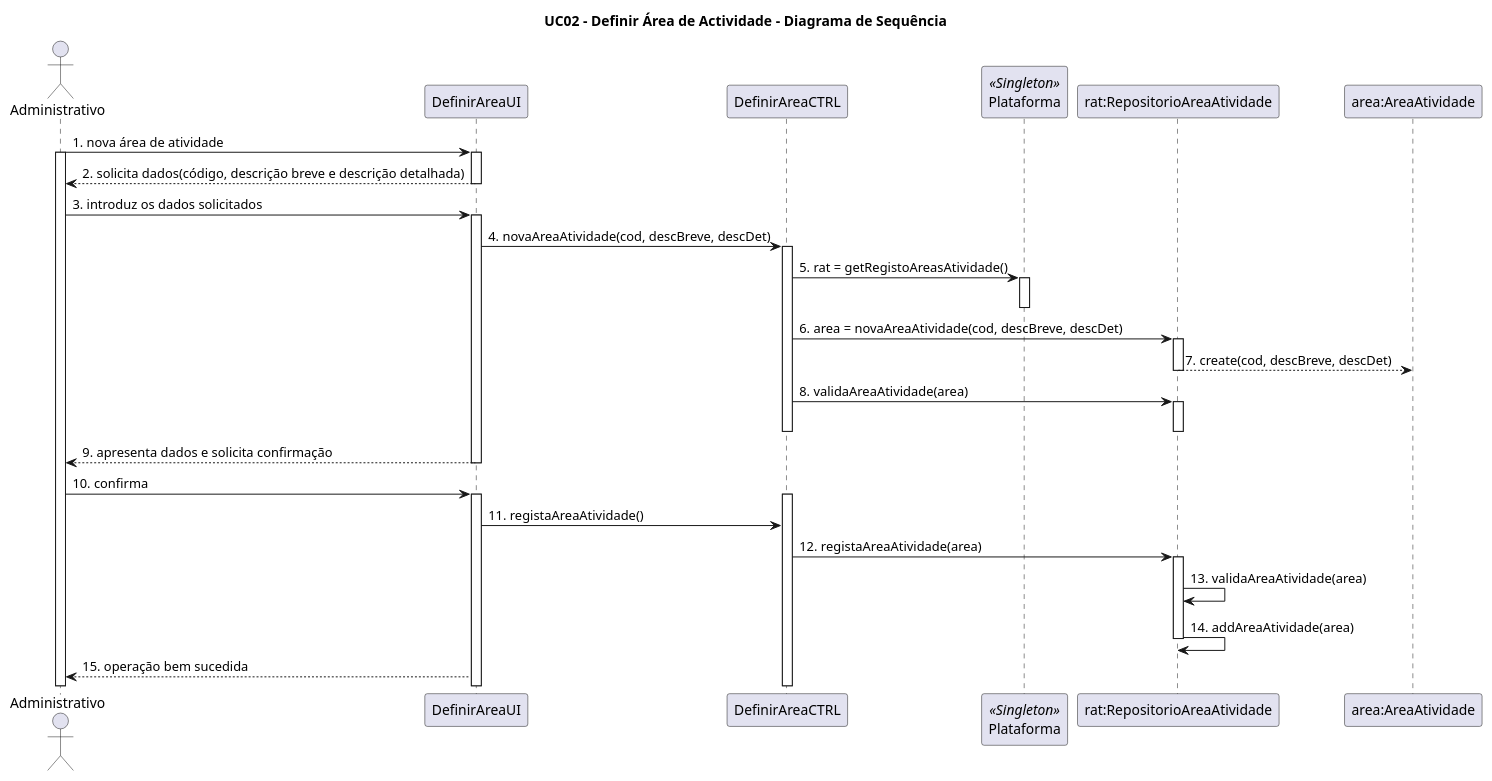
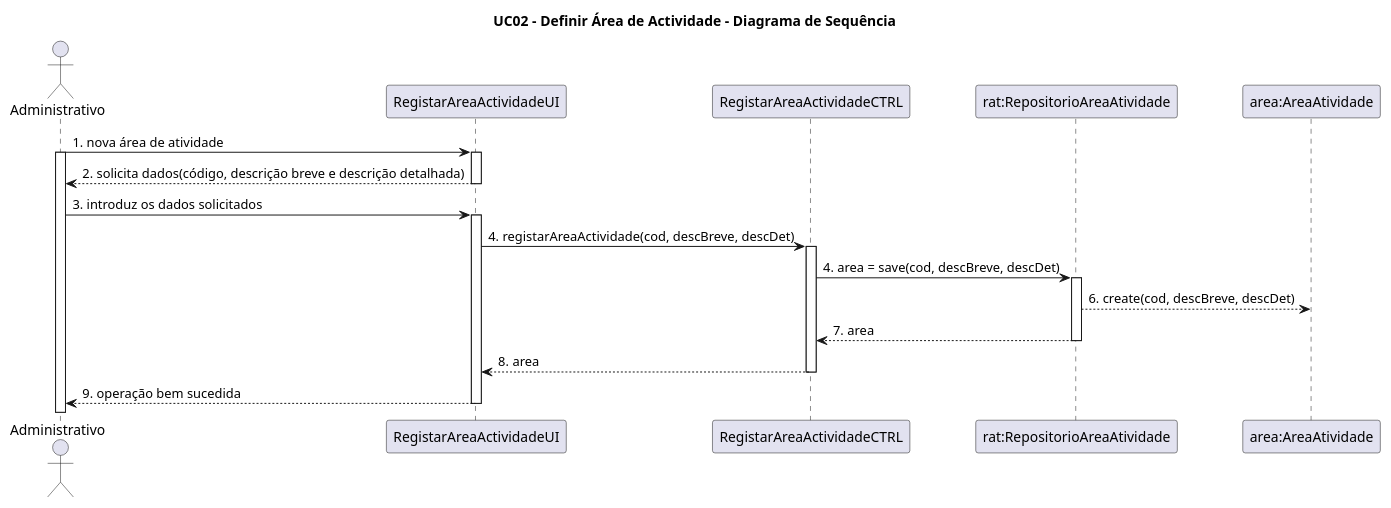
Before and after one commit to blestonbandeiraUPSKILL/upskill_java1_labprg_grupo2: the diagram in Documentação/Sprint 2/UC02_Definir_Area_Atividade/UC02_Definir_Area_Atividade_SD.puml, drawn with PlantUML. The commit also changed 7 other files, not shown here.

```diff
--- a/Documentação/Sprint 2/UC02_Definir_Area_Atividade/UC02_Definir_Area_Atividade_SD.puml
+++ b/Documentação/Sprint 2/UC02_Definir_Area_Atividade/UC02_Definir_Area_Atividade_SD.puml
@@ -1,48 +1,30 @@
 @startuml
 title UC02 - Definir Área de Actividade - Diagrama de Sequência
 
 actor Administrativo
 participant Administrativo
-participant DefinirAreaUI
-participant DefinirAreaCTRL
-participant Plataforma <<Singleton>>
+participant RegistarAreaActividadeUI
+participant RegistarAreaActividadeCTRL
 participant "rat:RepositorioAreaAtividade" as RepositorioAreaAtividade
 participant "area:AreaAtividade" as AreaAtividade
 
-Administrativo -> DefinirAreaUI: 1. nova área de atividade
+Administrativo -> RegistarAreaActividadeUI: 1. nova área de atividade
 activate Administrativo
-activate DefinirAreaUI
-DefinirAreaUI --> Administrativo: 2. solicita dados(código, descrição breve e descrição detalhada)
-deactivate DefinirAreaUI
-
-Administrativo -> DefinirAreaUI: 3. introduz os dados solicitados
-activate DefinirAreaUI
-DefinirAreaUI -> DefinirAreaCTRL: 4. novaAreaAtividade(cod, descBreve, descDet)
-activate DefinirAreaCTRL
-DefinirAreaCTRL -> Plataforma: 5. rat = getRegistoAreasAtividade()
-activate Plataforma
-deactivate Plataforma
-DefinirAreaCTRL -> RepositorioAreaAtividade: 6. area = novaAreaAtividade(cod, descBreve, descDet)
+activate RegistarAreaActividadeUI
+RegistarAreaActividadeUI --> Administrativo: 2. solicita dados(código, descrição breve e descrição detalhada)
+deactivate RegistarAreaActividadeUI
+Administrativo -> RegistarAreaActividadeUI: 3. introduz os dados solicitados
+activate RegistarAreaActividadeUI
+RegistarAreaActividadeUI -> RegistarAreaActividadeCTRL: 4. registarAreaActividade(cod, descBreve, descDet)
+activate RegistarAreaActividadeCTRL
+RegistarAreaActividadeCTRL -> RepositorioAreaAtividade: 4. area = save(cod, descBreve, descDet)
 activate RepositorioAreaAtividade
-RepositorioAreaAtividade --> AreaAtividade: 7. create(cod, descBreve, descDet)
-
+RepositorioAreaAtividade --> AreaAtividade: 6. create(cod, descBreve, descDet)
+RepositorioAreaAtividade --> RegistarAreaActividadeCTRL: 7. area
 deactivate RepositorioAreaAtividade
-DefinirAreaCTRL -> RepositorioAreaAtividade: 8. validaAreaAtividade(area)
-
-activate RepositorioAreaAtividade
-deactivate RepositorioAreaAtividade
-deactivate DefinirAreaCTRL
-DefinirAreaUI --> Administrativo: 9. apresenta dados e solicita confirmação
-deactivate DefinirAreaUI
-Administrativo -> DefinirAreaUI: 10. confirma
-activate DefinirAreaUI
-activate DefinirAreaCTRL
-DefinirAreaUI -> DefinirAreaCTRL: 11. registaAreaAtividade()
-DefinirAreaCTRL -> RepositorioAreaAtividade: 12. registaAreaAtividade(area)
-activate RepositorioAreaAtividade
-RepositorioAreaAtividade -> RepositorioAreaAtividade: 13. validaAreaAtividade(area)
-RepositorioAreaAtividade -> RepositorioAreaAtividade: 14. addAreaAtividade(area)
-deactivate RepositorioAreaAtividade
-DefinirAreaUI --> Administrativo: 15. operação bem sucedida
+RegistarAreaActividadeCTRL --> RegistarAreaActividadeUI: 8. area
+deactivate RegistarAreaActividadeCTRL
+RegistarAreaActividadeUI --> Administrativo: 9. operação bem sucedida
+deactivate RegistarAreaActividadeUI
 
 @enduml
```
